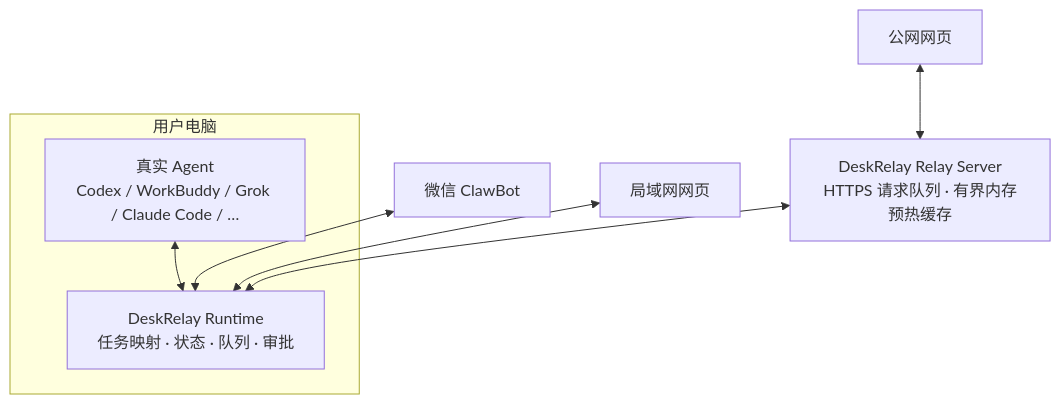
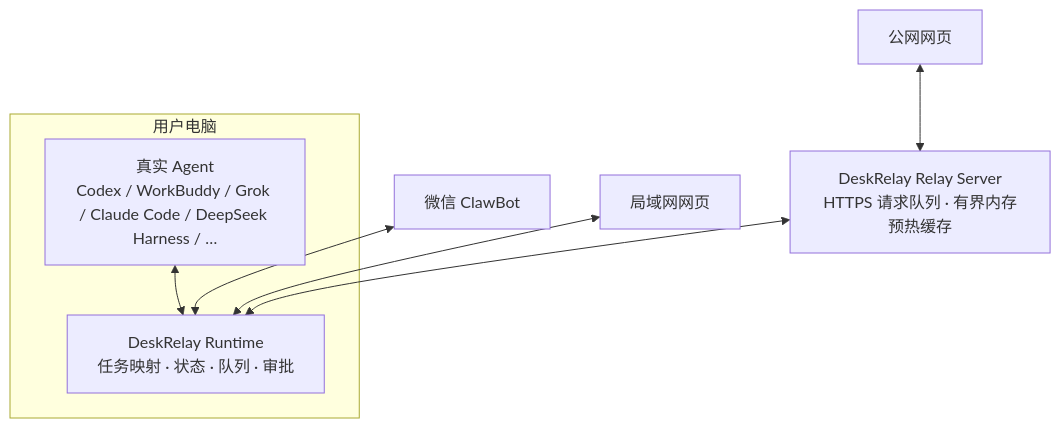
One commit to imsinolam/DeskRelay changed the diagram in docs/architecture.md. Above: the diagram before and after it, drawn with Mermaid. The commit also changed other lines of this file and 13 other files, not shown here.

````diff
--- a/docs/architecture.md
+++ b/docs/architecture.md
@@ -5,13 +5,13 @@
 ```mermaid
 flowchart TB
     subgraph Mac["用户电脑"]
-        Agent["真实 Agent\nCodex / WorkBuddy / Grok / Claude Code / …"]
+        Agent["真实 Agent\nCodex / WorkBuddy / Grok / Claude Code / DeepSeek Harness / …"]
         Runtime["DeskRelay Runtime\n任务映射 · 状态 · 队列 · 审批"]
         Agent <--> Runtime
     end
 
     ClawBot["微信 ClawBot"] <--> Runtime
     LanWeb["局域网网页"] <--> Runtime
     PublicWeb["公网网页"] <--> Relay["DeskRelay Relay Server\nHTTPS 请求队列 · 有界内存预热缓存"]
     Relay <--> Runtime
 ```
````
